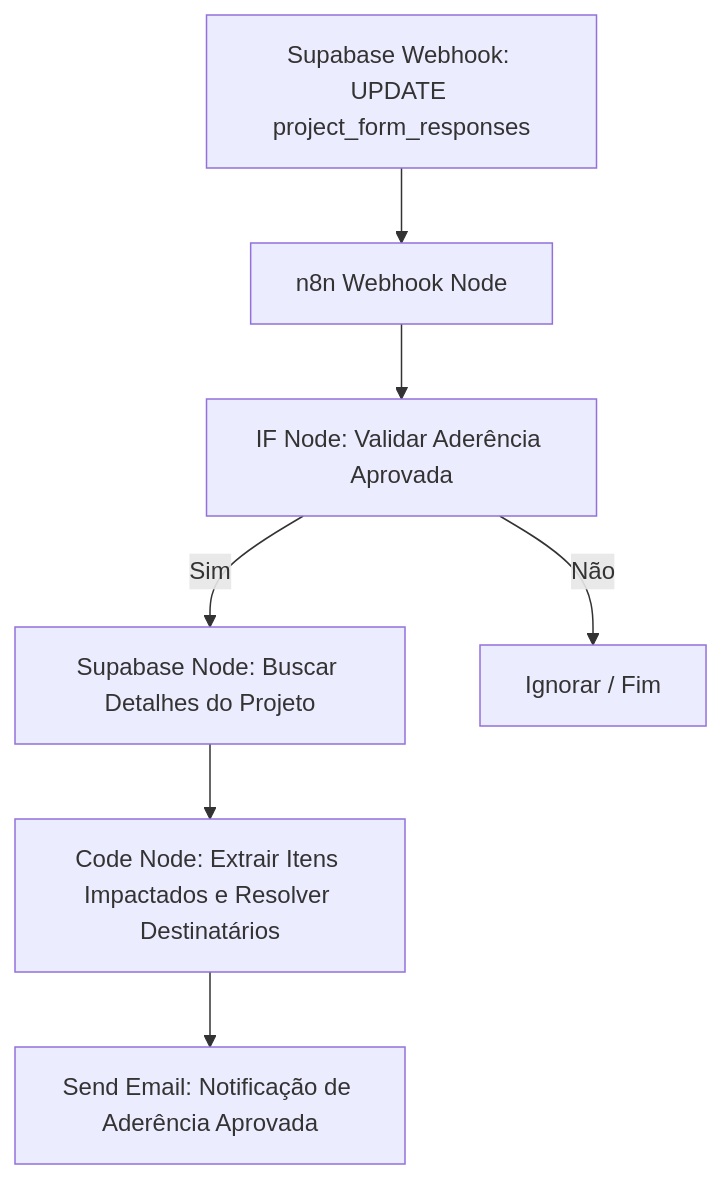
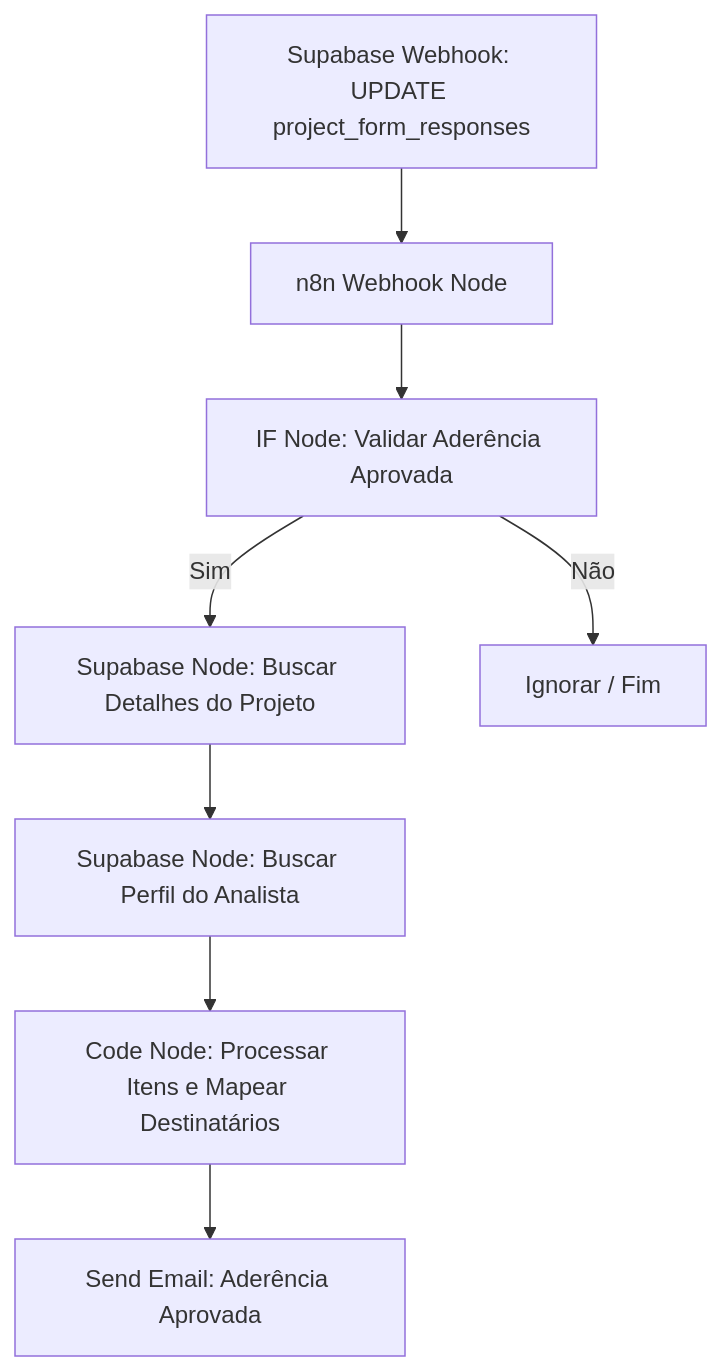
The second of 5 diagrams in 0-Em Andamento/Guia Passo a Passo - Automações de E-mail Siplan HUB.md (marcusvpo/siplan-implantacao-secondbrain), drawn with Mermaid before and after one commit. The commit also changed other lines of this file and 6 other files, not shown here.

````diff
--- a/0-Em Andamento/Guia Passo a Passo - Automações de E-mail Siplan HUB.md
+++ b/0-Em Andamento/Guia Passo a Passo - Automações de E-mail Siplan HUB.md
@@ -375,9 +383,10 @@
 ```mermaid
 graph TD
     A[Supabase Webhook: UPDATE project_form_responses] --> B[n8n Webhook Node]
     B --> C[IF Node: Validar Aderência Aprovada]
     C -- Sim --> D[Supabase Node: Buscar Detalhes do Projeto]
-    D --> E[Code Node: Extrair Itens Impactados e Resolver Destinatários]
-    E --> F[Send Email: Notificação de Aderência Aprovada]
-    C -- Não --> G[Ignorar / Fim]
+    D --> E[Supabase Node: Buscar Perfil do Analista]
+    E --> F[Code Node: Processar Itens e Mapear Destinatários]
+    F --> G[Send Email: Aderência Aprovada]
+    C -- Não --> H[Ignorar / Fim]
 ```
````
